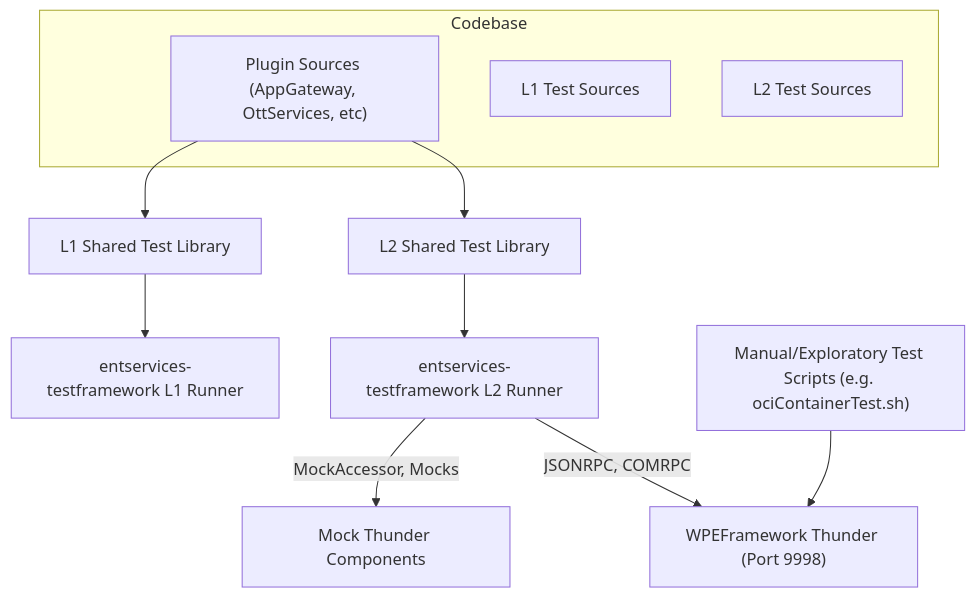
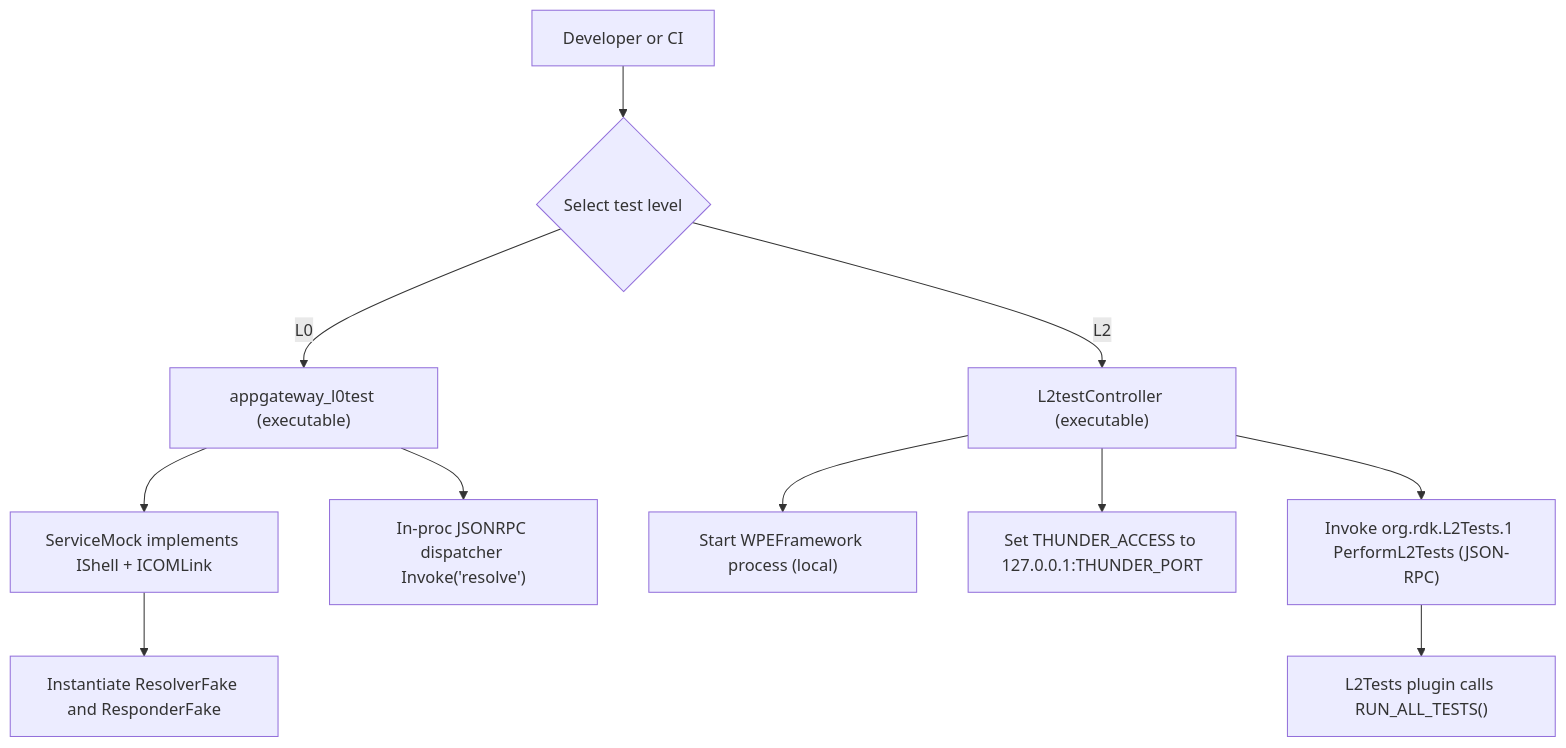
One commit to Naveennat/app-gateway2 changed the diagram in kavia-docs/l1_l2_testing_design.md. Above: the diagram before and after it, drawn with Mermaid. The commit also changed other lines of this file and 7 other files, not shown here.

````diff
--- a/kavia-docs/l1_l2_testing_design.md
+++ b/kavia-docs/l1_l2_testing_design.md
@@ -27,15 +45,15 @@
 ```mermaid
 flowchart TD
-    subgraph Codebase
-        A1["Plugin Sources (AppGateway, OttServices, etc)"]
-        A2["L1 Test Sources"]
-        A3["L2 Test Sources"]
-    end
-    A1 --> B1["L1 Shared Test Library"]
-    A1 --> B2["L2 Shared Test Library"]
-    B1 --> C1["entservices-testframework L1 Runner"]
-    B2 --> C2["entservices-testframework L2 Runner"]
-    C2 -->|MockAccessor, Mocks| D1["Mock Thunder Components"]
-    C2 -->|JSONRPC, COMRPC| D2["WPEFramework Thunder (Port 9998)"]
-    E1["Manual/Exploratory Test Scripts (e.g. ociContainerTest.sh)"] --> D2
+  A["Developer or CI"] --> B{"Select test level"}
+
+  B -->|L0| L0A["appgateway_l0test (executable)"]
+  L0A --> L0B["ServiceMock implements IShell + ICOMLink"]
+  L0B --> L0C["Instantiate ResolverFake and ResponderFake"]
+  L0A --> L0D["In-proc JSONRPC dispatcher Invoke('resolve')"]
+
+  B -->|L2| L2A["L2testController (executable)"]
+  L2A --> L2B["Start WPEFramework process (local)"]
+  L2A --> L2C["Set THUNDER_ACCESS to 127.0.0.1:THUNDER_PORT"]
+  L2A --> L2D["Invoke org.rdk.L2Tests.1 PerformL2Tests (JSON-RPC)"]
+  L2D --> L2E["L2Tests plugin calls RUN_ALL_TESTS()"]
 ```
````
